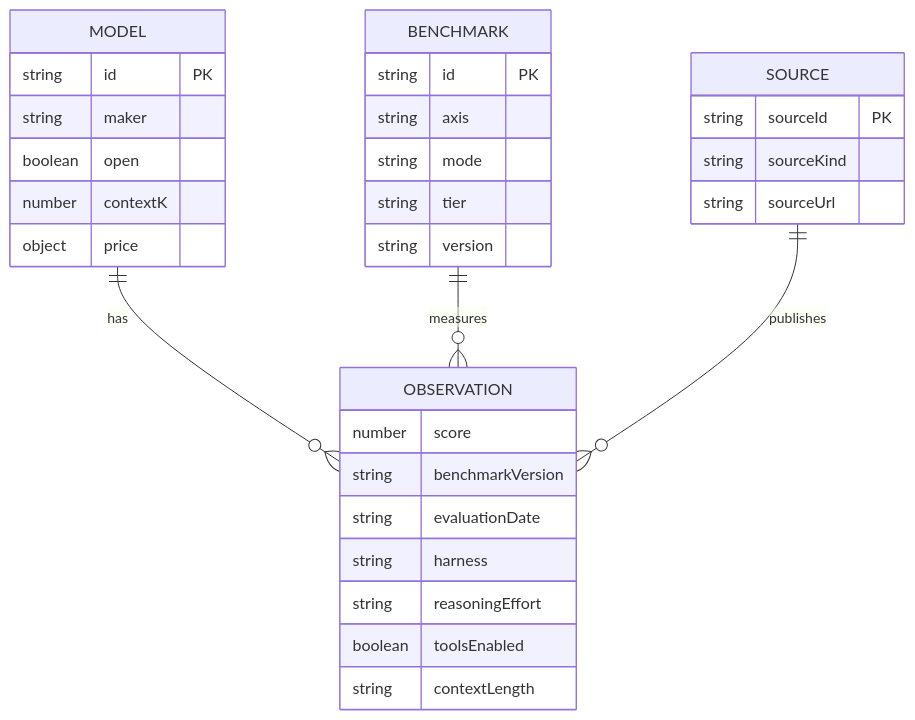
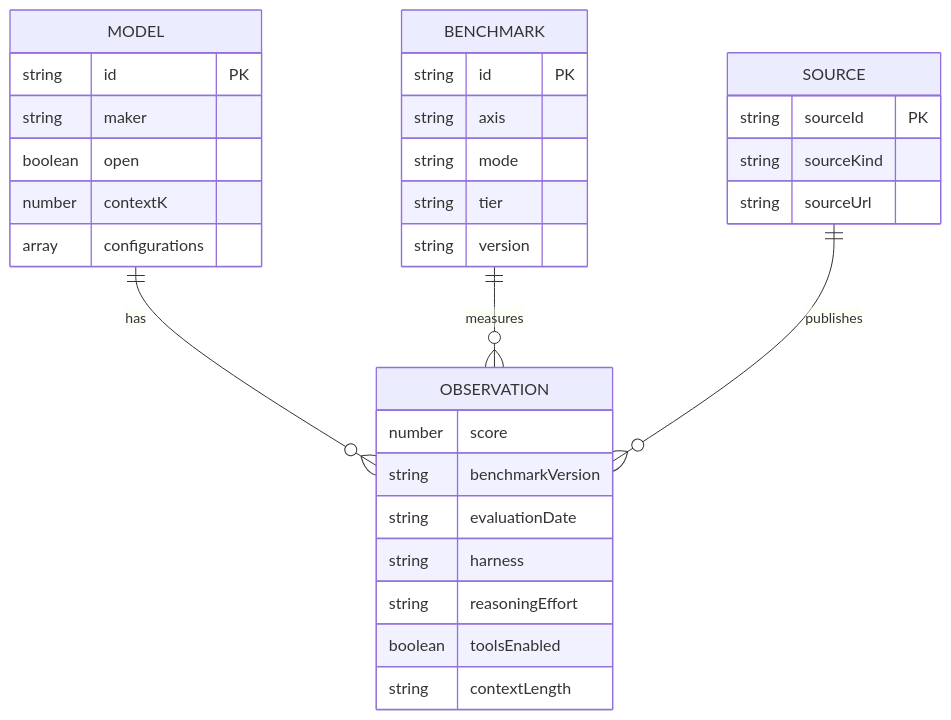
One commit to Quarkgluonmixture/ai-model-observatory changed the second of 3 diagrams in docs/ARCHITECTURE.md. Above: the diagram before and after it, drawn with Mermaid. The commit also changed other lines of this file and 3 other files, not shown here.

````diff
--- a/docs/ARCHITECTURE.md
+++ b/docs/ARCHITECTURE.md
@@ -42,35 +56,35 @@
 ```mermaid
 erDiagram
     MODEL ||--o{ OBSERVATION : has
     BENCHMARK ||--o{ OBSERVATION : measures
     SOURCE ||--o{ OBSERVATION : publishes
 
     MODEL {
       string id PK
       string maker
       boolean open
       number contextK
-      object price
+      array configurations
     }
     BENCHMARK {
       string id PK
       string axis
       string mode
       string tier
       string version
     }
     OBSERVATION {
       number score
       string benchmarkVersion
       string evaluationDate
       string harness
       string reasoningEffort
       boolean toolsEnabled
       string contextLength
     }
     SOURCE {
       string sourceId PK
       string sourceKind
       string sourceUrl
     }
 ```
````
